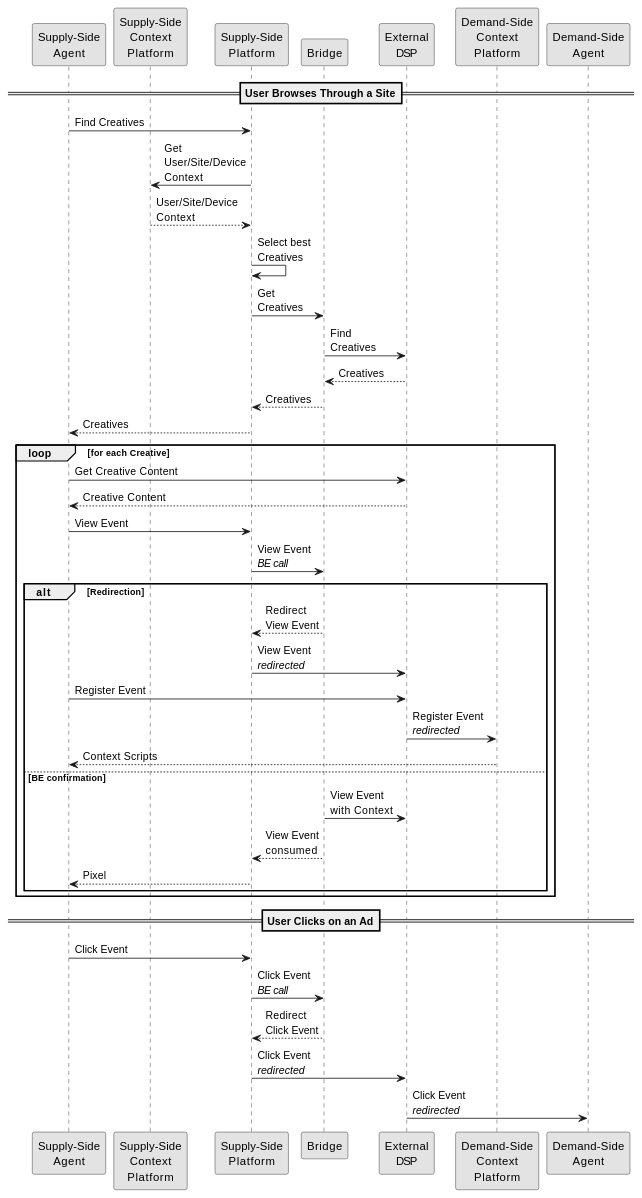
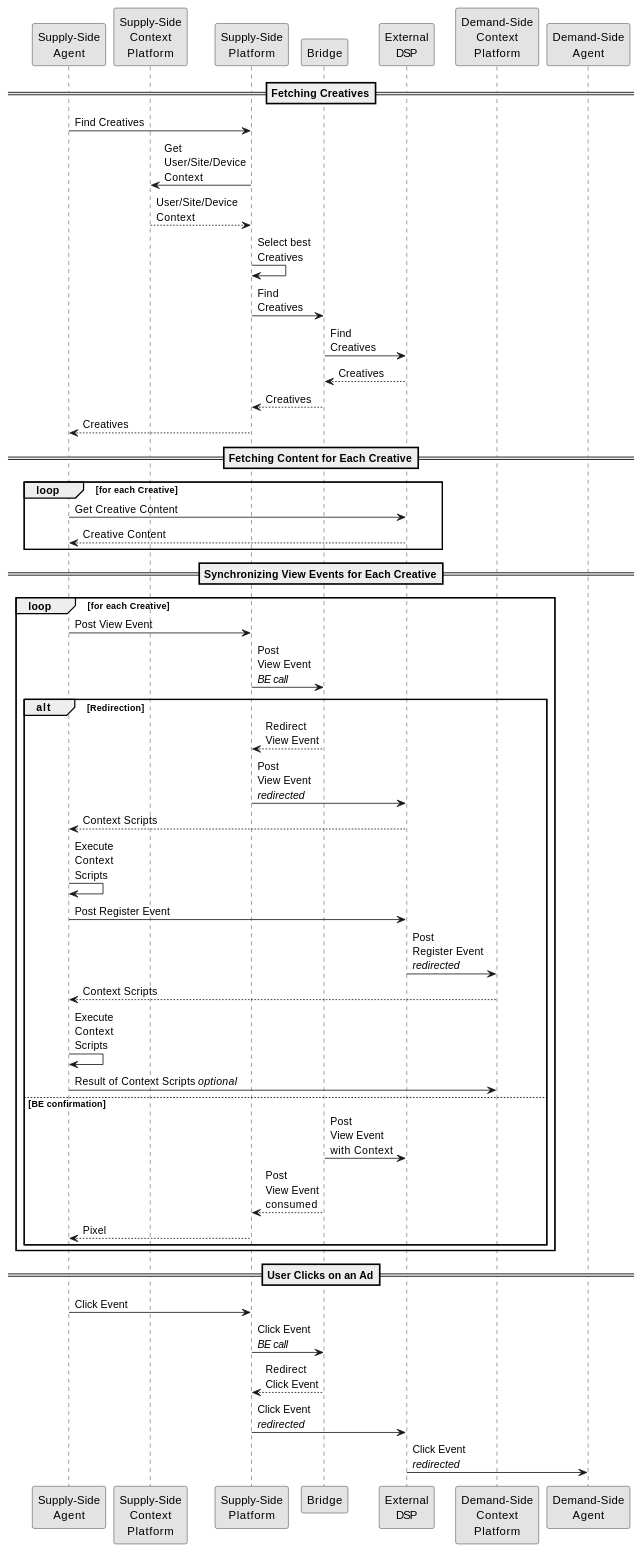
The diagram in adserver/dsp-integration.rst (adshares/adshares-docs), drawn with PlantUML before and after one commit.

Commit message:
update actions

```diff
--- a/adserver/dsp-integration.rst
+++ b/adserver/dsp-integration.rst
@@ -52,53 +52,64 @@
 .. uml::
     :align: center
 
     skinparam monochrome true
 
     participant "Supply-Side\nAgent"             as SSA
     participant "Supply-Side\nContext\nPlatform" as SSCP
     participant "Supply-Side\nPlatform"          as SSP
     participant "Bridge"                         as B
     participant "External\nDSP"                  as EDSP
     participant "Demand-Side\nContext\nPlatform" as DSCP
     participant "Demand-Side\nAgent"             as DSA
 
-    ==User Browses Through a Site==
+    ==Fetching Creatives==
 
     SSA ->   SSP  : Find Creatives
     SSP ->   SSCP : Get\nUser/Site/Device\nContext
     SSCP --> SSP  : User/Site/Device\nContext
     SSP ->   SSP  : Select best\nCreatives
 
-    SSP  ->  B    : Get\nCreatives
+    SSP  ->  B    : Find\nCreatives
     B    ->  EDSP : Find\nCreatives
     EDSP --> B    : Creatives
     B    --> SSP  : Creatives
     SSP  --> SSA  : Creatives
 
+    ==Fetching Content for Each Creative==
+
     loop for each Creative
         SSA  ->  EDSP : Get Creative Content
         EDSP --> SSA  : Creative Content
-        SSA  -> SSP   : View Event
-        SSP  -> B     : View Event\n//BE call//
+    end
+
+    ==Synchronizing View Events for Each Creative==
+
+    loop for each Creative
+        SSA  -> SSP   : Post View Event
+        SSP  -> B     : Post\nView Event\n//BE call//
         
         alt Redirection
             B    --> SSP  : Redirect\nView Event
-            SSP  ->  EDSP : View Event\n//redirected//
-            SSA  ->  EDSP : Register Event
-            EDSP ->  DSCP : Register Event\n//redirected//
+            SSP  ->  EDSP : Post\nView Event\n//redirected//
+            EDSP --> SSA  : Context Scripts
+            SSA  ->  SSA  : Execute\nContext\nScripts
+            SSA  ->  EDSP : Post Register Event
+            EDSP ->  DSCP : Post\nRegister Event\n//redirected//
             DSCP --> SSA  : Context Scripts
+            SSA  ->  SSA  : Execute\nContext\nScripts
+            SSA  ->  DSCP : Result of Context Scripts //optional//
         else BE confirmation
-            B   ->  EDSP : View Event\nwith Context
-            B   --> SSP  : View Event\nconsumed
+            B   ->  EDSP : Post\nView Event\nwith Context
+            B   --> SSP  : Post\nView Event\nconsumed
             SSP --> SSA  : Pixel
         end
 
     end
     
     ==User Clicks on an Ad==
 
     SSA  ->  SSP  : Click Event
     SSP  ->  B    : Click Event\n//BE call//
     B    --> SSP  : Redirect\nClick Event
     SSP  ->  EDSP : Click Event\n//redirected//
     EDSP ->  DSA  : Click Event\n//redirected//
```
